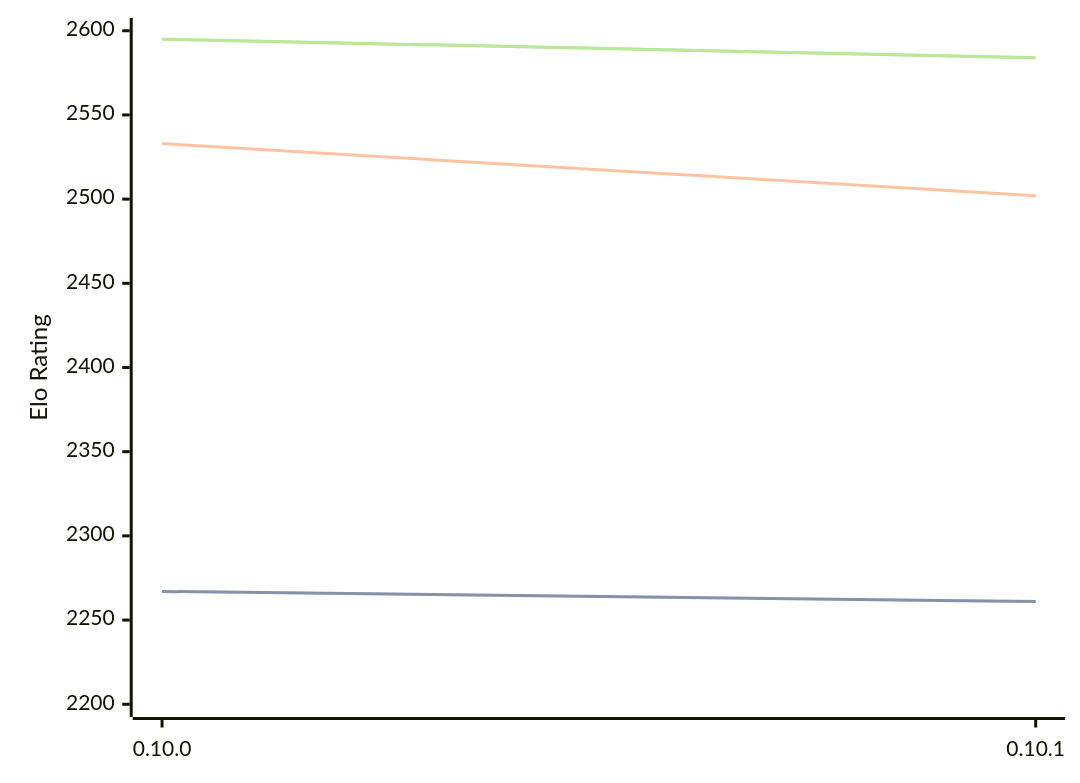
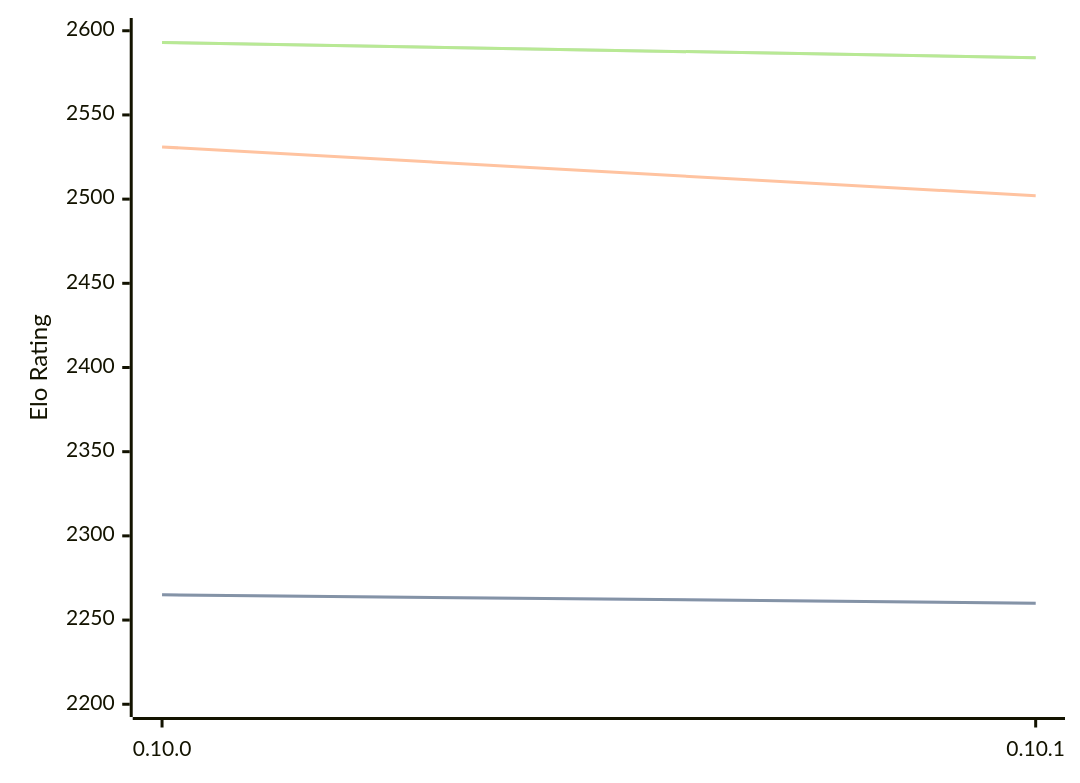
The first of 3 diagrams in engines/Fatalii.md (computer-chess-index/cci), drawn with Mermaid before and after one commit. The commit also changed other lines of this file, not shown here.

Commit message:
Update CCI Ratings (ELO VLTC) - 2026-06-26

````diff
--- a/engines/Fatalii.md
+++ b/engines/Fatalii.md
@@ -46,11 +46,11 @@
 ```mermaid
 %%{init: {"theme":"base","themeVariables":{"seriesColors:['#a3a3a3','#222221','#faa371']}}}%%
 xychart-beta
   x-axis ["0.10.0", "0.10.1"]
   y-axis "Elo Rating" 2200 --> 2600
-  line "STC (8.0+0.08s)" [2267, 2261]
-  line "STC (8.0+0.08s)" [2267, 2261]
-  line "LTC (60.0+0.60s)" [2533, 2502]
-  line "VLTC (2m24s+1.12s)" [2595, 2584]
-  line "VLTC (2m24s+1.12s)" [2595, 2584]
+  line "STC (8.0+0.08s)" [2265, 2260]
+  line "STC (8.0+0.08s)" [2265, 2260]
+  line "LTC (60.0+0.60s)" [2531, 2502]
+  line "VLTC (2m24s+1.12s)" [2593, 2584]
+  line "VLTC (2m24s+1.12s)" [2593, 2584]
 ```
````
